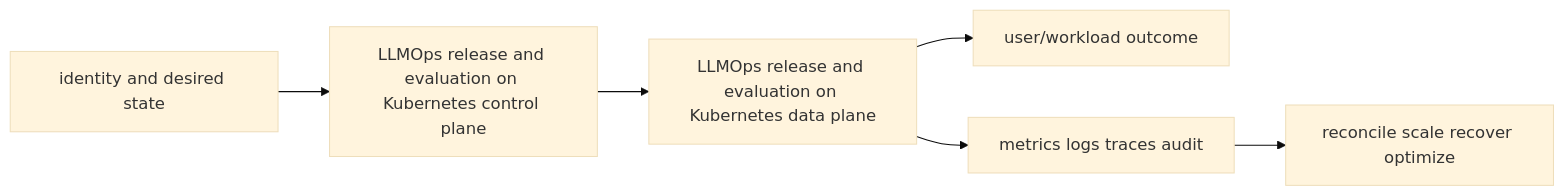
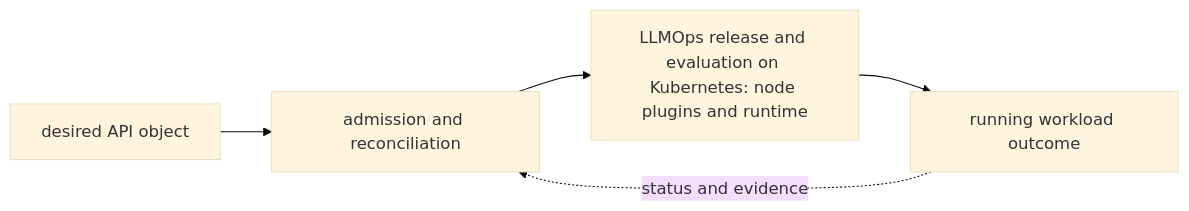
Before and after one commit to tomkidumbuyo/DevOps-interview-preparation: the diagram in 06-kubernetes/09-gpu-llmops/05-llmops-release-evaluation/README.md, drawn with Mermaid (base theme). The commit also changed other lines of this file and 753 other files, not shown here.

````diff
--- a/06-kubernetes/09-gpu-llmops/05-llmops-release-evaluation/README.md
+++ b/06-kubernetes/09-gpu-llmops/05-llmops-release-evaluation/README.md
@@ -19,8 +31,7 @@
 ```mermaid
 flowchart LR
-  I[identity and desired state] --> C[LLMOps release and evaluation on Kubernetes control plane]
-  C --> D[LLMOps release and evaluation on Kubernetes data plane]
-  D --> U[user/workload outcome]
-  D --> O[metrics logs traces audit]
-  O --> R[reconcile scale recover optimize]
+  A["desired API object"] --> B["admission and reconciliation"]
+  B --> C["LLMOps release and evaluation on Kubernetes: node plugins and runtime"]
+  C --> D["running workload outcome"]
+  D -. "status and evidence" .-> B
 ```
````
